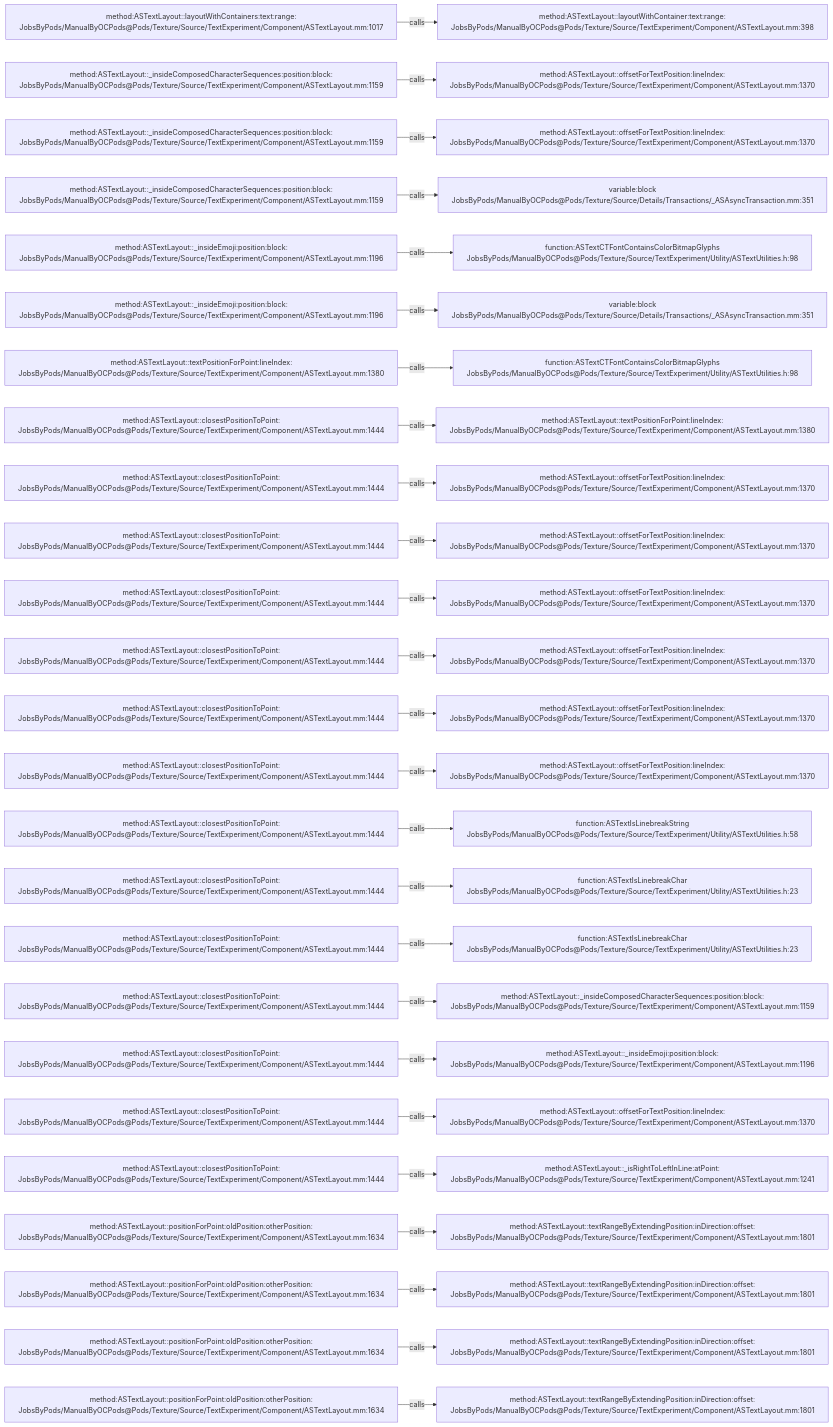
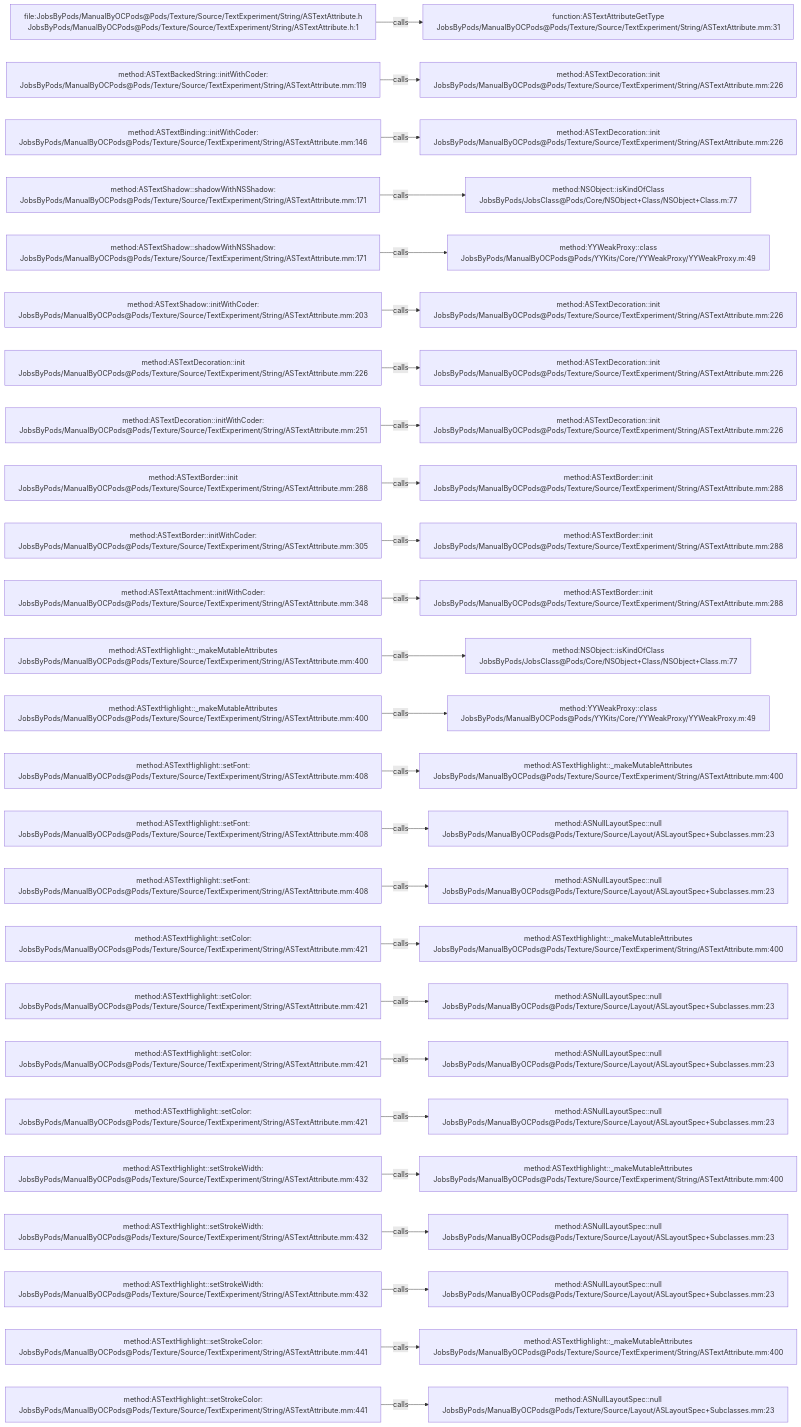
Before and after one commit to JobsKits/JobsOCBaseConfigDemo: the diagram in .codegraph/codegraph.md/graphs/calls-200.md, drawn with Mermaid. The commit also changed 1448 other files, not shown here.

````diff
--- a/.codegraph/codegraph.md/graphs/calls-200.md
+++ b/.codegraph/codegraph.md/graphs/calls-200.md
@@ -13,78 +13,78 @@
 ```mermaid
 flowchart LR
-  S1["method:ASTextLayout::layoutWithContainers:text:range:<br/>JobsByPods/ManualByOCPods@Pods/Texture/Source/TextExperiment/Component/ASTextLayout.mm:1017"]
-  T1["method:ASTextLayout::layoutWithContainer:text:range:<br/>JobsByPods/ManualByOCPods@Pods/Texture/Source/TextExperiment/Component/ASTextLayout.mm:398"]
+  S1["file:JobsByPods/ManualByOCPods@Pods/Texture/Source/TextExperiment/String/ASTextAttribute.h<br/>JobsByPods/ManualByOCPods@Pods/Texture/Source/TextExperiment/String/ASTextAttribute.h:1"]
+  T1["function:ASTextAttributeGetType<br/>JobsByPods/ManualByOCPods@Pods/Texture/Source/TextExperiment/String/ASTextAttribute.mm:31"]
   S1 -->|calls| T1
-  S2["method:ASTextLayout::_insideComposedCharacterSequences:position:block:<br/>JobsByPods/ManualByOCPods@Pods/Texture/Source/TextExperiment/Component/ASTextLayout.mm:1159"]
-  T2["method:ASTextLayout::offsetForTextPosition:lineIndex:<br/>JobsByPods/ManualByOCPods@Pods/Texture/Source/TextExperiment/Component/ASTextLayout.mm:1370"]
+  S2["method:ASTextBackedString::initWithCoder:<br/>JobsByPods/ManualByOCPods@Pods/Texture/Source/TextExperiment/String/ASTextAttribute.mm:119"]
+  T2["method:ASTextDecoration::init<br/>JobsByPods/ManualByOCPods@Pods/Texture/Source/TextExperiment/String/ASTextAttribute.mm:226"]
   S2 -->|calls| T2
-  S3["method:ASTextLayout::_insideComposedCharacterSequences:position:block:<br/>JobsByPods/ManualByOCPods@Pods/Texture/Source/TextExperiment/Component/ASTextLayout.mm:1159"]
-  T3["method:ASTextLayout::offsetForTextPosition:lineIndex:<br/>JobsByPods/ManualByOCPods@Pods/Texture/Source/TextExperiment/Component/ASTextLayout.mm:1370"]
+  S3["method:ASTextBinding::initWithCoder:<br/>JobsByPods/ManualByOCPods@Pods/Texture/Source/TextExperiment/String/ASTextAttribute.mm:146"]
+  T3["method:ASTextDecoration::init<br/>JobsByPods/ManualByOCPods@Pods/Texture/Source/TextExperiment/String/ASTextAttribute.mm:226"]
   S3 -->|calls| T3
-  S4["method:ASTextLayout::_insideComposedCharacterSequences:position:block:<br/>JobsByPods/ManualByOCPods@Pods/Texture/Source/TextExperiment/Component/ASTextLayout.mm:1159"]
-  T4["variable:block<br/>JobsByPods/ManualByOCPods@Pods/Texture/Source/Details/Transactions/_ASAsyncTransaction.mm:351"]
+  S4["method:ASTextShadow::shadowWithNSShadow:<br/>JobsByPods/ManualByOCPods@Pods/Texture/Source/TextExperiment/String/ASTextAttribute.mm:171"]
+  T4["method:NSObject::isKindOfClass<br/>JobsByPods/JobsClass@Pods/Core/NSObject+Class/NSObject+Class.m:77"]
   S4 -->|calls| T4
-  S5["method:ASTextLayout::_insideEmoji:position:block:<br/>JobsByPods/ManualByOCPods@Pods/Texture/Source/TextExperiment/Component/ASTextLayout.mm:1196"]
-  T5["function:ASTextCTFontContainsColorBitmapGlyphs<br/>JobsByPods/ManualByOCPods@Pods/Texture/Source/TextExperiment/Utility/ASTextUtilities.h:98"]
+  S5["method:ASTextShadow::shadowWithNSShadow:<br/>JobsByPods/ManualByOCPods@Pods/Texture/Source/TextExperiment/String/ASTextAttribute.mm:171"]
+  T5["method:YYWeakProxy::class<br/>JobsByPods/ManualByOCPods@Pods/YYKits/Core/YYWeakProxy/YYWeakProxy.m:49"]
   S5 -->|calls| T5
-  S6["method:ASTextLayout::_insideEmoji:position:block:<br/>JobsByPods/ManualByOCPods@Pods/Texture/Source/TextExperiment/Component/ASTextLayout.mm:1196"]
-  T6["variable:block<br/>JobsByPods/ManualByOCPods@Pods/Texture/Source/Details/Transactions/_ASAsyncTransaction.mm:351"]
+  S6["method:ASTextShadow::initWithCoder:<br/>JobsByPods/ManualByOCPods@Pods/Texture/Source/TextExperiment/String/ASTextAttribute.mm:203"]
+  T6["method:ASTextDecoration::init<br/>JobsByPods/ManualByOCPods@Pods/Texture/Source/TextExperiment/String/ASTextAttribute.mm:226"]
   S6 -->|calls| T6
-  S7["method:ASTextLayout::textPositionForPoint:lineIndex:<br/>JobsByPods/ManualByOCPods@Pods/Texture/Source/TextExperiment/Component/ASTextLayout.mm:1380"]
-  T7["function:ASTextCTFontContainsColorBitmapGlyphs<br/>JobsByPods/ManualByOCPods@Pods/Texture/Source/TextExperiment/Utility/ASTextUtilities.h:98"]
+  S7["method:ASTextDecoration::init<br/>JobsByPods/ManualByOCPods@Pods/Texture/Source/TextExperiment/String/ASTextAttribute.mm:226"]
+  T7["method:ASTextDecoration::init<br/>JobsByPods/ManualByOCPods@Pods/Texture/Source/TextExperiment/String/ASTextAttribute.mm:226"]
   S7 -->|calls| T7
-  S8["method:ASTextLayout::closestPositionToPoint:<br/>JobsByPods/ManualByOCPods@Pods/Texture/Source/TextExperiment/Component/ASTextLayout.mm:1444"]
-  T8["method:ASTextLayout::textPositionForPoint:lineIndex:<br/>JobsByPods/ManualByOCPods@Pods/Texture/Source/TextExperiment/Component/ASTextLayout.mm:1380"]
+  S8["method:ASTextDecoration::initWithCoder:<br/>JobsByPods/ManualByOCPods@Pods/Texture/Source/TextExperiment/String/ASTextAttribute.mm:251"]
+  T8["method:ASTextDecoration::init<br/>JobsByPods/ManualByOCPods@Pods/Texture/Source/TextExperiment/String/ASTextAttribute.mm:226"]
   S8 -->|calls| T8
-  S9["method:ASTextLayout::closestPositionToPoint:<br/>JobsByPods/ManualByOCPods@Pods/Texture/Source/TextExperiment/Component/ASTextLayout.mm:1444"]
-  T9["method:ASTextLayout::offsetForTextPosition:lineIndex:<br/>JobsByPods/ManualByOCPods@Pods/Texture/Source/TextExperiment/Component/ASTextLayout.mm:1370"]
+  S9["method:ASTextBorder::init<br/>JobsByPods/ManualByOCPods@Pods/Texture/Source/TextExperiment/String/ASTextAttribute.mm:288"]
+  T9["method:ASTextBorder::init<br/>JobsByPods/ManualByOCPods@Pods/Texture/Source/TextExperiment/String/ASTextAttribute.mm:288"]
   S9 -->|calls| T9
-  S10["method:ASTextLayout::closestPositionToPoint:<br/>JobsByPods/ManualByOCPods@Pods/Texture/Source/TextExperiment/Component/ASTextLayout.mm:1444"]
-  T10["method:ASTextLayout::offsetForTextPosition:lineIndex:<br/>JobsByPods/ManualByOCPods@Pods/Texture/Source/TextExperiment/Component/ASTextLayout.mm:1370"]
+  S10["method:ASTextBorder::initWithCoder:<br/>JobsByPods/ManualByOCPods@Pods/Texture/Source/TextExperiment/String/ASTextAttribute.mm:305"]
+  T10["method:ASTextBorder::init<br/>JobsByPods/ManualByOCPods@Pods/Texture/Source/TextExperiment/String/ASTextAttribute.mm:288"]
   S10 -->|calls| T10
-  S11["method:ASTextLayout::closestPositionToPoint:<br/>JobsByPods/ManualByOCPods@Pods/Texture/Source/TextExperiment/Component/ASTextLayout.mm:1444"]
-  T11["method:ASTextLayout::offsetForTextPosition:lineIndex:<br/>JobsByPods/ManualByOCPods@Pods/Texture/Source/TextExperiment/Component/ASTextLayout.mm:1370"]
+  S11["method:ASTextAttachment::initWithCoder:<br/>JobsByPods/ManualByOCPods@Pods/Texture/Source/TextExperiment/String/ASTextAttribute.mm:348"]
+  T11["method:ASTextBorder::init<br/>JobsByPods/ManualByOCPods@Pods/Texture/Source/TextExperiment/String/ASTextAttribute.mm:288"]
   S11 -->|calls| T11
-  S12["method:ASTextLayout::closestPositionToPoint:<br/>JobsByPods/ManualByOCPods@Pods/Texture/Source/TextExperiment/Component/ASTextLayout.mm:1444"]
-  T12["method:ASTextLayout::offsetForTextPosition:lineIndex:<br/>JobsByPods/ManualByOCPods@Pods/Texture/Source/TextExperiment/Component/ASTextLayout.mm:1370"]
+  S12["method:ASTextHighlight::_makeMutableAttributes<br/>JobsByPods/ManualByOCPods@Pods/Texture/Source/TextExperiment/String/ASTextAttribute.mm:400"]
+  T12["method:NSObject::isKindOfClass<br/>JobsByPods/JobsClass@Pods/Core/NSObject+Class/NSObject+Class.m:77"]
   S12 -->|calls| T12
-  S13["method:ASTextLayout::closestPositionToPoint:<br/>JobsByPods/ManualByOCPods@Pods/Texture/Source/TextExperiment/Component/ASTextLayout.mm:1444"]
-  T13["method:ASTextLayout::offsetForTextPosition:lineIndex:<br/>JobsByPods/ManualByOCPods@Pods/Texture/Source/TextExperiment/Component/ASTextLayout.mm:1370"]
+  S13["method:ASTextHighlight::_makeMutableAttributes<br/>JobsByPods/ManualByOCPods@Pods/Texture/Source/TextExperiment/String/ASTextAttribute.mm:400"]
+  T13["method:YYWeakProxy::class<br/>JobsByPods/ManualByOCPods@Pods/YYKits/Core/YYWeakProxy/YYWeakProxy.m:49"]
   S13 -->|calls| T13
-  S14["method:ASTextLayout::closestPositionToPoint:<br/>JobsByPods/ManualByOCPods@Pods/Texture/Source/TextExperiment/Component/ASTextLayout.mm:1444"]
-  T14["method:ASTextLayout::offsetForTextPosition:lineIndex:<br/>JobsByPods/ManualByOCPods@Pods/Texture/Source/TextExperiment/Component/ASTextLayout.mm:1370"]
+  S14["method:ASTextHighlight::setFont:<br/>JobsByPods/ManualByOCPods@Pods/Texture/Source/TextExperiment/String/ASTextAttribute.mm:408"]
+  T14["method:ASTextHighlight::_makeMutableAttributes<br/>JobsByPods/ManualByOCPods@Pods/Texture/Source/TextExperiment/String/ASTextAttribute.mm:400"]
   S14 -->|calls| T14
-  S15["method:ASTextLayout::closestPositionToPoint:<br/>JobsByPods/ManualByOCPods@Pods/Texture/Source/TextExperiment/Component/ASTextLayout.mm:1444"]
-  T15["function:ASTextIsLinebreakString<br/>JobsByPods/ManualByOCPods@Pods/Texture/Source/TextExperiment/Utility/ASTextUtilities.h:58"]
+  S15["method:ASTextHighlight::setFont:<br/>JobsByPods/ManualByOCPods@Pods/Texture/Source/TextExperiment/String/ASTextAttribute.mm:408"]
+  T15["method:ASNullLayoutSpec::null<br/>JobsByPods/ManualByOCPods@Pods/Texture/Source/Layout/ASLayoutSpec+Subclasses.mm:23"]
   S15 -->|calls| T15
-  S16["method:ASTextLayout::closestPositionToPoint:<br/>JobsByPods/ManualByOCPods@Pods/Texture/Source/TextExperiment/Component/ASTextLayout.mm:1444"]
-  T16["function:ASTextIsLinebreakChar<br/>JobsByPods/ManualByOCPods@Pods/Texture/Source/TextExperiment/Utility/ASTextUtilities.h:23"]
+  S16["method:ASTextHighlight::setFont:<br/>JobsByPods/ManualByOCPods@Pods/Texture/Source/TextExperiment/String/ASTextAttribute.mm:408"]
+  T16["method:ASNullLayoutSpec::null<br/>JobsByPods/ManualByOCPods@Pods/Texture/Source/Layout/ASLayoutSpec+Subclasses.mm:23"]
   S16 -->|calls| T16
-  S17["method:ASTextLayout::closestPositionToPoint:<br/>JobsByPods/ManualByOCPods@Pods/Texture/Source/TextExperiment/Component/ASTextLayout.mm:1444"]
-  T17["function:ASTextIsLinebreakChar<br/>JobsByPods/ManualByOCPods@Pods/Texture/Source/TextExperiment/Utility/ASTextUtilities.h:23"]
+  S17["method:ASTextHighlight::setColor:<br/>JobsByPods/ManualByOCPods@Pods/Texture/Source/TextExperiment/String/ASTextAttribute.mm:421"]
+  T17["method:ASTextHighlight::_makeMutableAttributes<br/>JobsByPods/ManualByOCPods@Pods/Texture/Source/TextExperiment/String/ASTextAttribute.mm:400"]
   S17 -->|calls| T17
-  S18["method:ASTextLayout::closestPositionToPoint:<br/>JobsByPods/ManualByOCPods@Pods/Texture/Source/TextExperiment/Component/ASTextLayout.mm:1444"]
-  T18["method:ASTextLayout::_insideComposedCharacterSequences:position:block:<br/>JobsByPods/ManualByOCPods@Pods/Texture/Source/TextExperiment/Component/ASTextLayout.mm:1159"]
+  S18["method:ASTextHighlight::setColor:<br/>JobsByPods/ManualByOCPods@Pods/Texture/Source/TextExperiment/String/ASTextAttribute.mm:421"]
+  T18["method:ASNullLayoutSpec::null<br/>JobsByPods/ManualByOCPods@Pods/Texture/Source/Layout/ASLayoutSpec+Subclasses.mm:23"]
   S18 -->|calls| T18
-  S19["method:ASTextLayout::closestPositionToPoint:<br/>JobsByPods/ManualByOCPods@Pods/Texture/Source/TextExperiment/Component/ASTextLayout.mm:1444"]
-  T19["method:ASTextLayout::_insideEmoji:position:block:<br/>JobsByPods/ManualByOCPods@Pods/Texture/Source/TextExperiment/Component/ASTextLayout.mm:1196"]
+  S19["method:ASTextHighlight::setColor:<br/>JobsByPods/ManualByOCPods@Pods/Texture/Source/TextExperiment/String/ASTextAttribute.mm:421"]
+  T19["method:ASNullLayoutSpec::null<br/>JobsByPods/ManualByOCPods@Pods/Texture/Source/Layout/ASLayoutSpec+Subclasses.mm:23"]
   S19 -->|calls| T19
-  S20["method:ASTextLayout::closestPositionToPoint:<br/>JobsByPods/ManualByOCPods@Pods/Texture/Source/TextExperiment/Component/ASTextLayout.mm:1444"]
-  T20["method:ASTextLayout::offsetForTextPosition:lineIndex:<br/>JobsByPods/ManualByOCPods@Pods/Texture/Source/TextExperiment/Component/ASTextLayout.mm:1370"]
+  S20["method:ASTextHighlight::setColor:<br/>JobsByPods/ManualByOCPods@Pods/Texture/Source/TextExperiment/String/ASTextAttribute.mm:421"]
+  T20["method:ASNullLayoutSpec::null<br/>JobsByPods/ManualByOCPods@Pods/Texture/Source/Layout/ASLayoutSpec+Subclasses.mm:23"]
   S20 -->|calls| T20
-  S21["method:ASTextLayout::closestPositionToPoint:<br/>JobsByPods/ManualByOCPods@Pods/Texture/Source/TextExperiment/Component/ASTextLayout.mm:1444"]
-  T21["method:ASTextLayout::_isRightToLeftInLine:atPoint:<br/>JobsByPods/ManualByOCPods@Pods/Texture/Source/TextExperiment/Component/ASTextLayout.mm:1241"]
+  S21["method:ASTextHighlight::setStrokeWidth:<br/>JobsByPods/ManualByOCPods@Pods/Texture/Source/TextExperiment/String/ASTextAttribute.mm:432"]
+  T21["method:ASTextHighlight::_makeMutableAttributes<br/>JobsByPods/ManualByOCPods@Pods/Texture/Source/TextExperiment/String/ASTextAttribute.mm:400"]
   S21 -->|calls| T21
-  S22["method:ASTextLayout::positionForPoint:oldPosition:otherPosition:<br/>JobsByPods/ManualByOCPods@Pods/Texture/Source/TextExperiment/Component/ASTextLayout.mm:1634"]
-  T22["method:ASTextLayout::textRangeByExtendingPosition:inDirection:offset:<br/>JobsByPods/ManualByOCPods@Pods/Texture/Source/TextExperiment/Component/ASTextLayout.mm:1801"]
+  S22["method:ASTextHighlight::setStrokeWidth:<br/>JobsByPods/ManualByOCPods@Pods/Texture/Source/TextExperiment/String/ASTextAttribute.mm:432"]
+  T22["method:ASNullLayoutSpec::null<br/>JobsByPods/ManualByOCPods@Pods/Texture/Source/Layout/ASLayoutSpec+Subclasses.mm:23"]
   S22 -->|calls| T22
-  S23["method:ASTextLayout::positionForPoint:oldPosition:otherPosition:<br/>JobsByPods/ManualByOCPods@Pods/Texture/Source/TextExperiment/Component/ASTextLayout.mm:1634"]
-  T23["method:ASTextLayout::textRangeByExtendingPosition:inDirection:offset:<br/>JobsByPods/ManualByOCPods@Pods/Texture/Source/TextExperiment/Component/ASTextLayout.mm:1801"]
+  S23["method:ASTextHighlight::setStrokeWidth:<br/>JobsByPods/ManualByOCPods@Pods/Texture/Source/TextExperiment/String/ASTextAttribute.mm:432"]
+  T23["method:ASNullLayoutSpec::null<br/>JobsByPods/ManualByOCPods@Pods/Texture/Source/Layout/ASLayoutSpec+Subclasses.mm:23"]
   S23 -->|calls| T23
-  S24["method:ASTextLayout::positionForPoint:oldPosition:otherPosition:<br/>JobsByPods/ManualByOCPods@Pods/Texture/Source/TextExperiment/Component/ASTextLayout.mm:1634"]
-  T24["method:ASTextLayout::textRangeByExtendingPosition:inDirection:offset:<br/>JobsByPods/ManualByOCPods@Pods/Texture/Source/TextExperiment/Component/ASTextLayout.mm:1801"]
+  S24["method:ASTextHighlight::setStrokeColor:<br/>JobsByPods/ManualByOCPods@Pods/Texture/Source/TextExperiment/String/ASTextAttribute.mm:441"]
+  T24["method:ASTextHighlight::_makeMutableAttributes<br/>JobsByPods/ManualByOCPods@Pods/Texture/Source/TextExperiment/String/ASTextAttribute.mm:400"]
   S24 -->|calls| T24
-  S25["method:ASTextLayout::positionForPoint:oldPosition:otherPosition:<br/>JobsByPods/ManualByOCPods@Pods/Texture/Source/TextExperiment/Component/ASTextLayout.mm:1634"]
-  T25["method:ASTextLayout::textRangeByExtendingPosition:inDirection:offset:<br/>JobsByPods/ManualByOCPods@Pods/Texture/Source/TextExperiment/Component/ASTextLayout.mm:1801"]
+  S25["method:ASTextHighlight::setStrokeColor:<br/>JobsByPods/ManualByOCPods@Pods/Texture/Source/TextExperiment/String/ASTextAttribute.mm:441"]
+  T25["method:ASNullLayoutSpec::null<br/>JobsByPods/ManualByOCPods@Pods/Texture/Source/Layout/ASLayoutSpec+Subclasses.mm:23"]
   S25 -->|calls| T25
 ```
````
